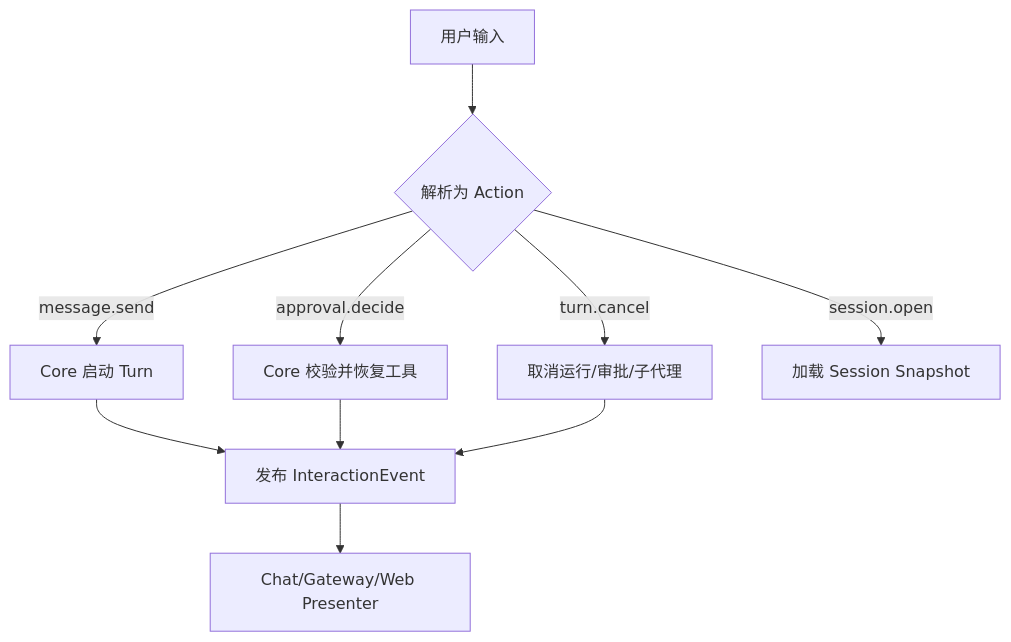
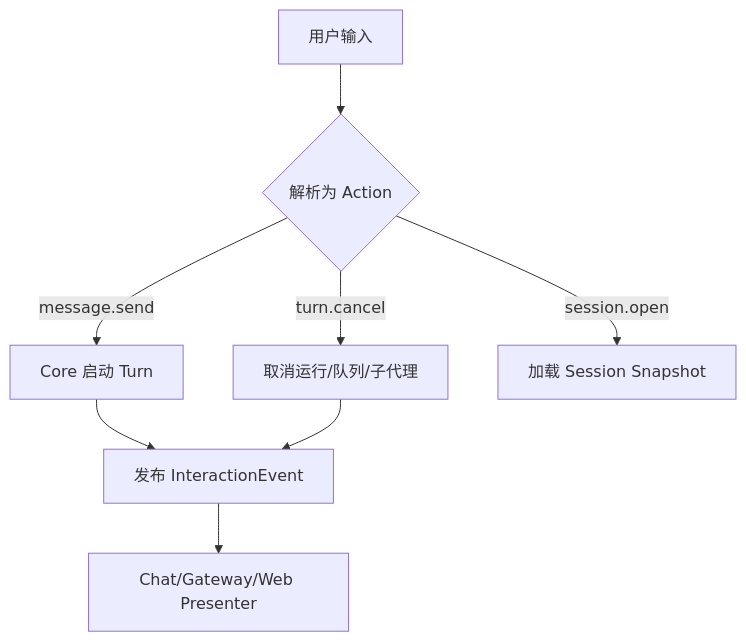
The third of 4 diagrams in docs/architecture/interaction-runtime-prd.md (Zanetach/beemax), drawn with Mermaid before and after one commit. The commit also changed other lines of this file and 95 other files, not shown here.

````diff
--- a/docs/architecture/interaction-runtime-prd.md
+++ b/docs/architecture/interaction-runtime-prd.md
@@ -196,12 +197,10 @@
 ```mermaid
 flowchart TD
   U[用户输入] --> A{解析为 Action}
   A -->|message.send| R[Core 启动 Turn]
-  A -->|turn.cancel| C[取消运行/审批/子代理]
-  A -->|approval.decide| P[Core 校验并恢复工具]
+  A -->|turn.cancel| C[取消运行/队列/子代理]
   A -->|session.open| S[加载 Session Snapshot]
   R --> E[发布 InteractionEvent]
-  P --> E
   C --> E
   E --> V[Chat/Gateway/Web Presenter]
 ```
````
